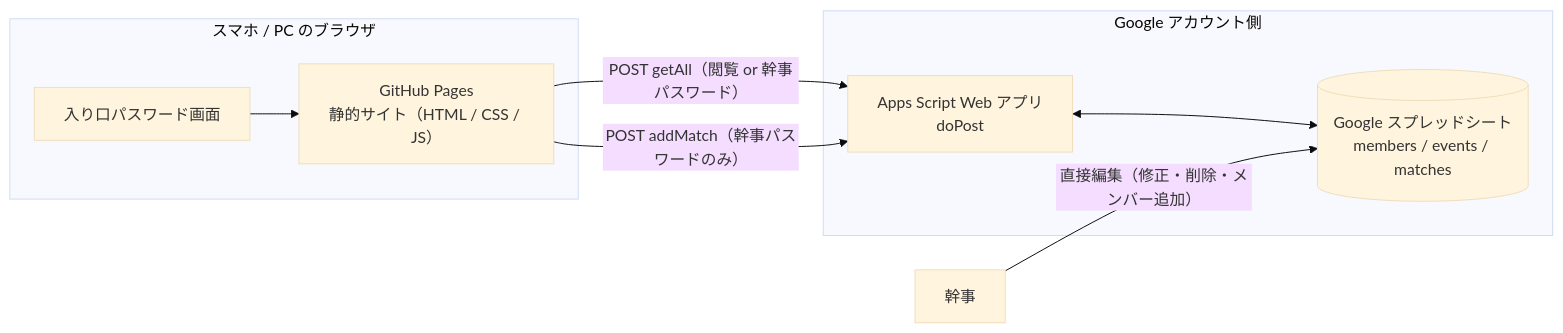
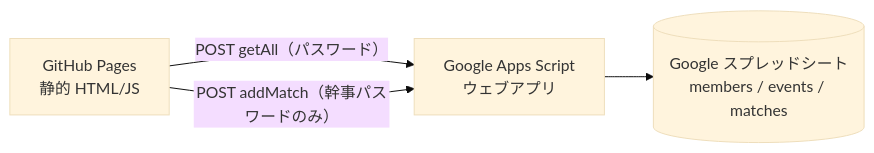
One commit to gon-naokin/tennis-nn changed the diagram in DESIGN.md. Above: the diagram before and after it, drawn with Mermaid (base theme). The commit also changed other lines of this file and 13 other files, not shown here.

````diff
--- a/DESIGN.md
+++ b/DESIGN.md
@@ -44,14 +38,6 @@
 ```mermaid
 flowchart LR
-  subgraph Browser[スマホ / PC のブラウザ]
-    L[入り口パスワード画面] --> P[GitHub Pages<br/>静的サイト（HTML / CSS / JS）]
-  end
-  subgraph Google[Google アカウント側]
-    G[Apps Script Web アプリ<br/>doPost]
-    S[(Google スプレッドシート<br/>members / events / matches)]
-  end
-  P -- "POST getAll（閲覧 or 幹事パスワード）" --> G
+  P[GitHub Pages<br/>静的 HTML/JS] -- "POST getAll（パスワード）" --> G[Google Apps Script<br/>ウェブアプリ]
   P -- "POST addMatch（幹事パスワードのみ）" --> G
-  G <--> S
-  K[幹事] -- "直接編集（修正・削除・メンバー追加）" --> S
+  G --> S[(Google スプレッドシート<br/>members / events / matches)]
 ```
````
